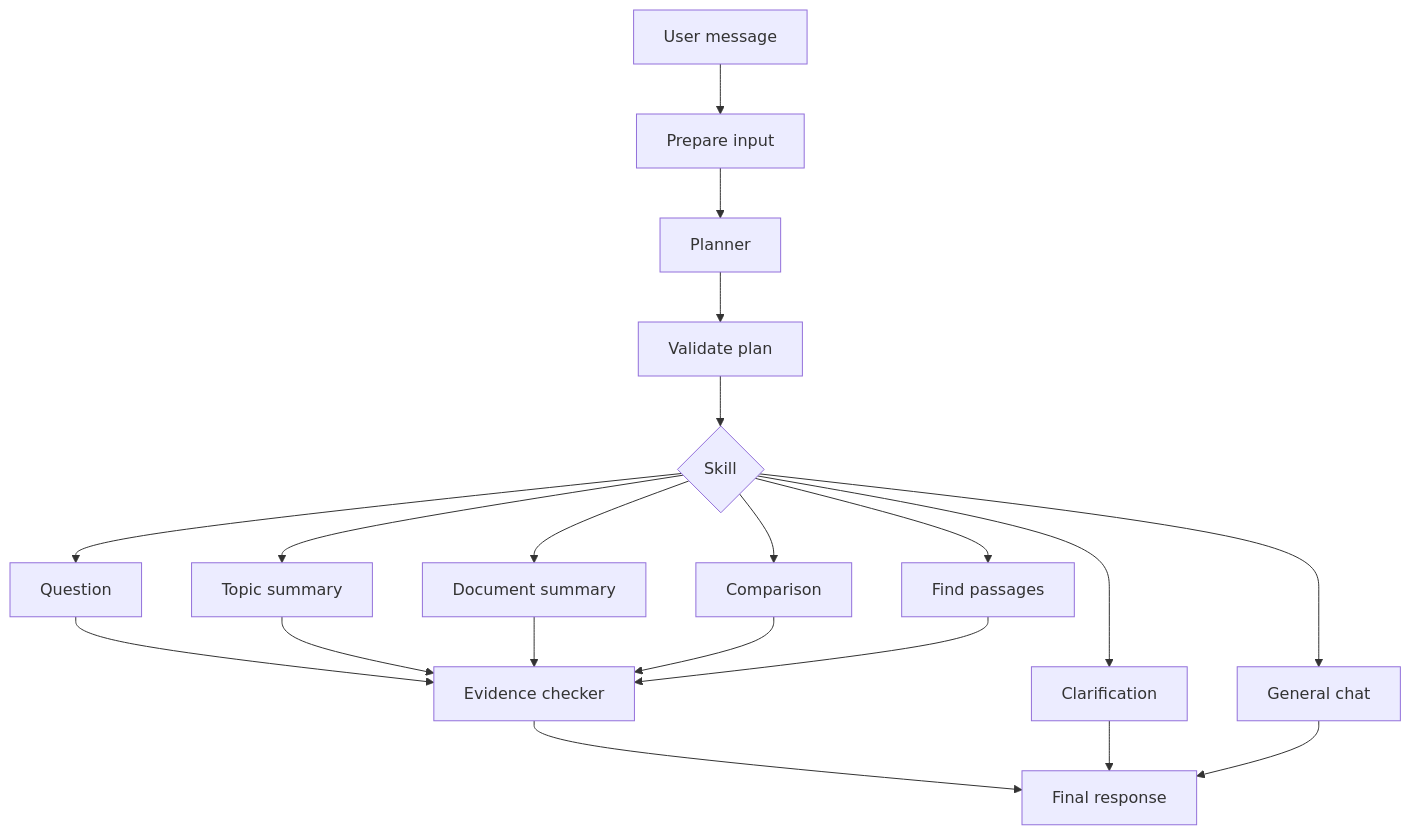
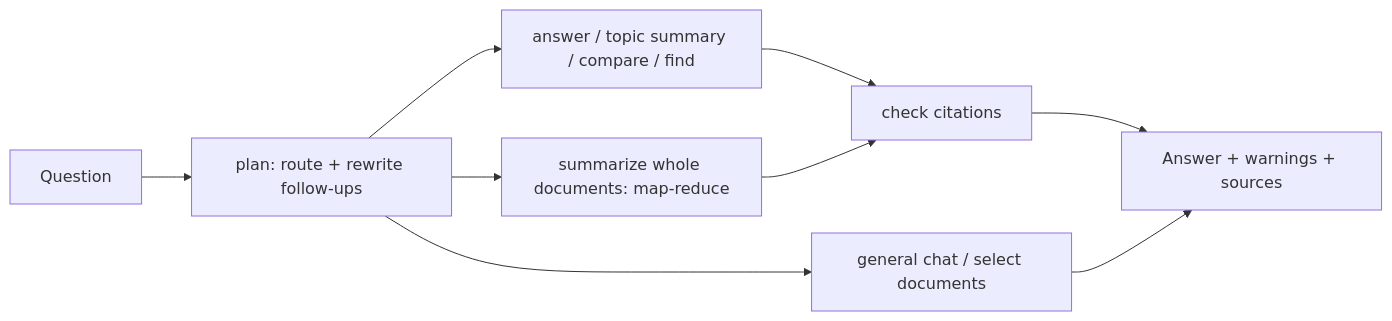
Before and after one commit to G-Ghazall/LocalChatbot: the diagram in README.md, drawn with Mermaid. The commit also changed other lines of this file, not shown here.

````diff
--- a/README.md
+++ b/README.md
@@ -37,8 +37,7 @@
 ```mermaid
-flowchart TD
- U[User message] --> P[Prepare input] --> L[Planner] --> V[Validate plan] --> R{Skill}
- R --> Q[Question] & T[Topic summary] & D[Document summary] & C[Comparison] & F[Find passages]
- Q & T & D & C & F --> E[Evidence checker] --> O[Final response]
- R --> CL[Clarification] & G[General chat]
- CL & G --> O
+flowchart LR
+ U[Question] --> P[plan: route + rewrite follow-ups]
+ P --> Q[answer / topic summary / compare / find] --> C[check citations] --> O[Answer + warnings + sources]
+ P --> S[summarize whole documents: map-reduce] --> C
+ P --> G[general chat / select documents] --> O
 ```
````
